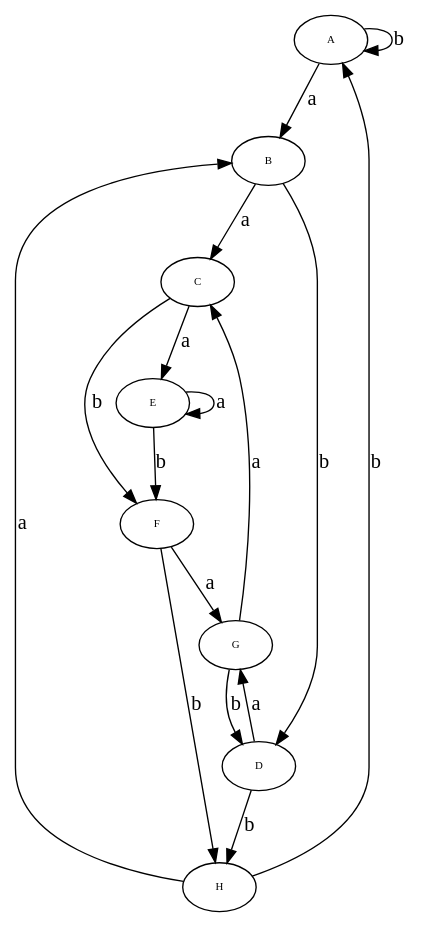
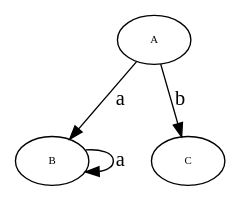
Before and after one commit to GDawg4/P1: the diagram in graph_direct.dot, drawn with Graphviz. The commit also changed 8 other files, not shown here.

```diff
--- a/graph_direct.dot
+++ b/graph_direct.dot
@@ -1,121 +1,31 @@
 digraph RGL__DirectedAdjacencyGraph {
     A [
         fontsize = 8,
         label = A
     ]
 
     B [
         fontsize = 8,
         label = B
     ]
 
     C [
         fontsize = 8,
         label = C
     ]
 
-    D [
-        fontsize = 8,
-        label = D
-    ]
-
-    E [
-        fontsize = 8,
-        label = E
-    ]
-
-    F [
-        fontsize = 8,
-        label = F
-    ]
-
-    G [
-        fontsize = 8,
-        label = G
-    ]
-
-    H [
-        fontsize = 8,
-        label = H
-    ]
-
     A -> B [
         fontsize = 15,
         label = a
     ]
 
-    A -> A [
+    A -> C [
         fontsize = 15,
         label = b
     ]
 
-    B -> C [
+    B -> B [
         fontsize = 15,
         label = a
     ]
-
-    B -> D [
-        fontsize = 15,
-        label = b
-    ]
-
-    C -> E [
-        fontsize = 15,
-        label = a
-    ]
-
-    C -> F [
-        fontsize = 15,
-        label = b
-    ]
-
-    D -> G [
-        fontsize = 15,
-        label = a
-    ]
-
-    D -> H [
-        fontsize = 15,
-        label = b
-    ]
-
-    E -> E [
-        fontsize = 15,
-        label = a
-    ]
-
-    E -> F [
-        fontsize = 15,
-        label = b
-    ]
-
-    F -> G [
-        fontsize = 15,
-        label = a
-    ]
-
-    F -> H [
-        fontsize = 15,
-        label = b
-    ]
-
-    G -> C [
-        fontsize = 15,
-        label = a
-    ]
-
-    G -> D [
-        fontsize = 15,
-        label = b
-    ]
-
-    H -> B [
-        fontsize = 15,
-        label = a
-    ]
-
-    H -> A [
-        fontsize = 15,
-        label = b
-    ]
 }
```
